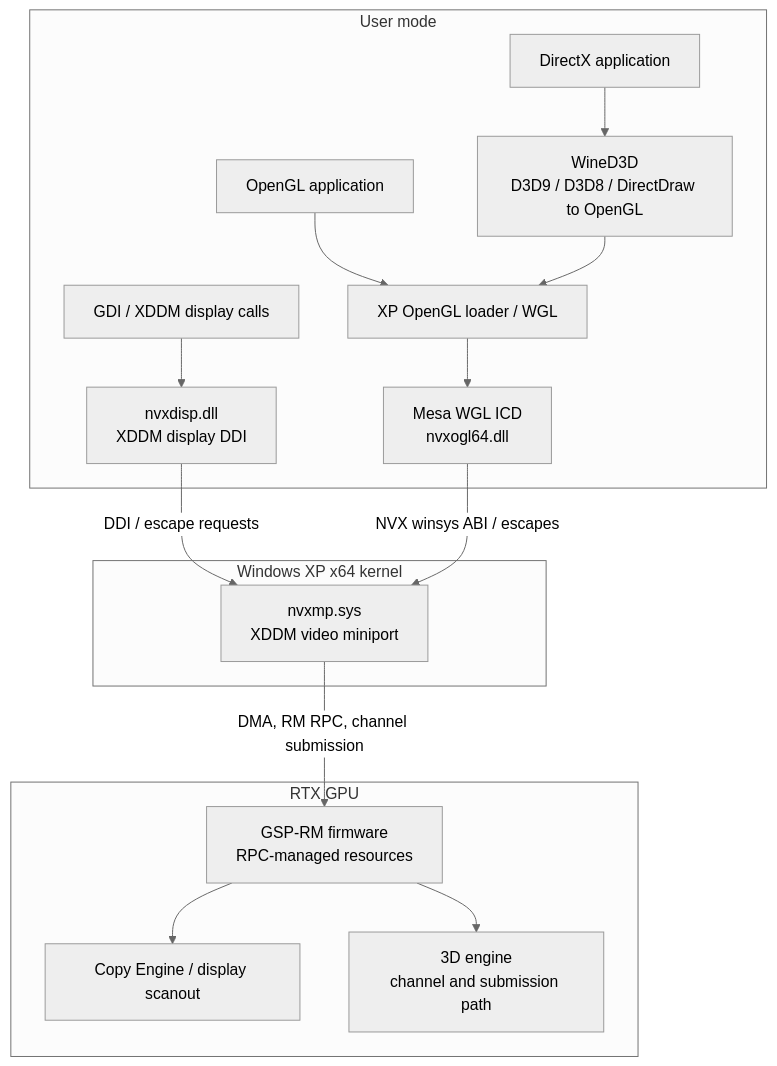
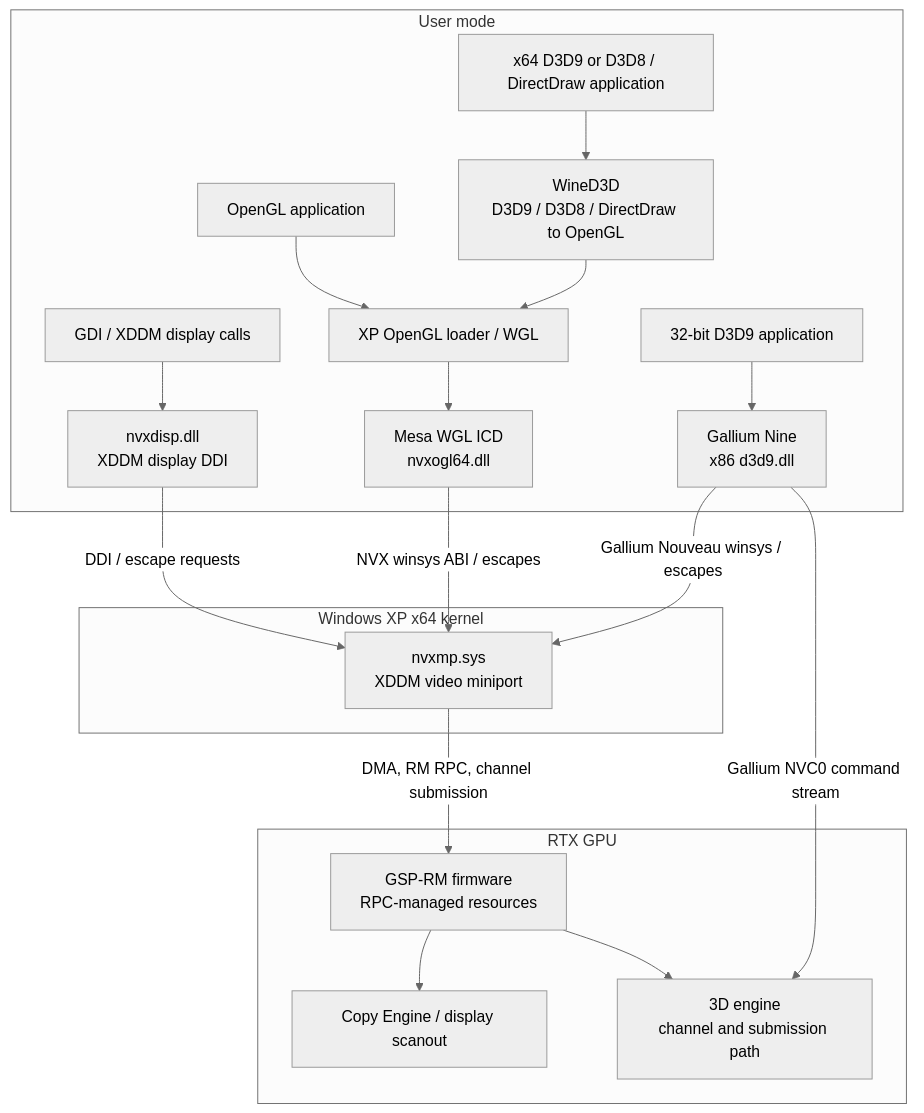
Before and after one commit to sanjayseshan/open_nvx_windows: the first of 3 diagrams in README.md, drawn with Mermaid (neutral theme). The commit also changed other lines of this file, not shown here.

Commit message:
Document Gallium Nine and WOW64 rendering paths

````diff
--- a/README.md
+++ b/README.md
@@ -43,28 +43,33 @@
 ```mermaid
 flowchart TB
   subgraph User[User mode]
     APP[OpenGL application]
-    D3D[DirectX application]
+    D3D9[32-bit D3D9 application]
+    D3DOther[x64 D3D9 or D3D8 / DirectDraw application]
     OGL[XP OpenGL loader / WGL]
     ICD[Mesa WGL ICD<br/>nvxogl64.dll]
+    NINE[Gallium Nine<br/>x86 d3d9.dll]
     WD[WineD3D<br/>D3D9 / D3D8 / DirectDraw to OpenGL]
     GDI[GDI / XDDM display calls]
     APP --> OGL --> ICD
-    D3D --> WD --> OGL
+    D3D9 --> NINE
+    D3DOther --> WD --> OGL
     GDI --> DDI
   end
   subgraph Kernel[Windows XP x64 kernel]
     DDI[nvxdisp.dll<br/>XDDM display DDI]
     MP[nvxmp.sys<br/>XDDM video miniport]
     DDI -->|DDI / escape requests| MP
     ICD -->|NVX winsys ABI / escapes| MP
+    NINE -->|Gallium Nouveau winsys / escapes| MP
   end
   subgraph GPU[RTX GPU]
     RM[GSP-RM firmware<br/>RPC-managed resources]
     CE[Copy Engine / display scanout]
     GR[3D engine<br/>channel and submission path]
     RM --> CE
     RM --> GR
   end
   MP -->|DMA, RM RPC, channel submission| RM
+  NINE -->|Gallium NVC0 command stream| GR
 ```
````
